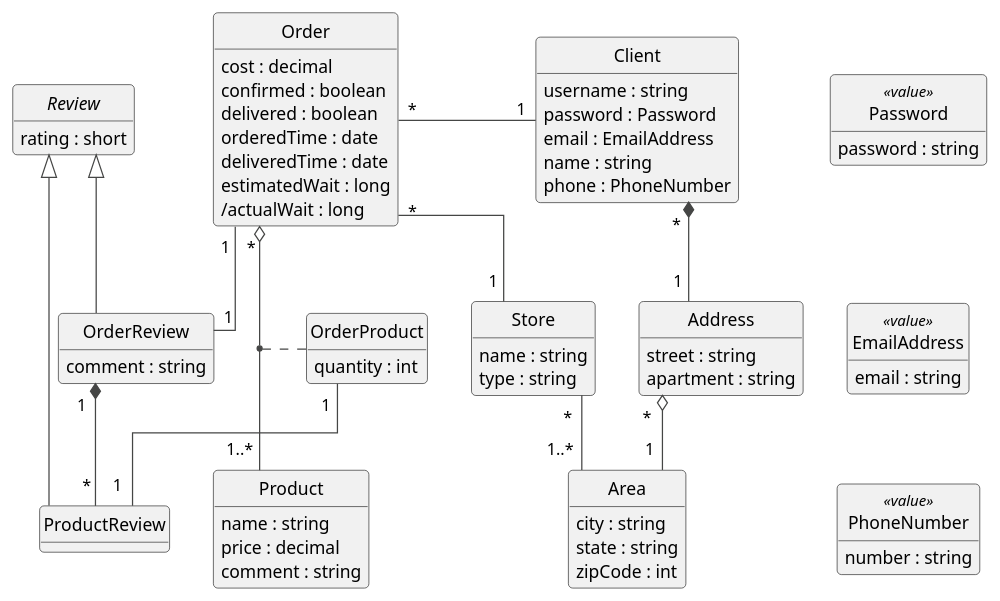
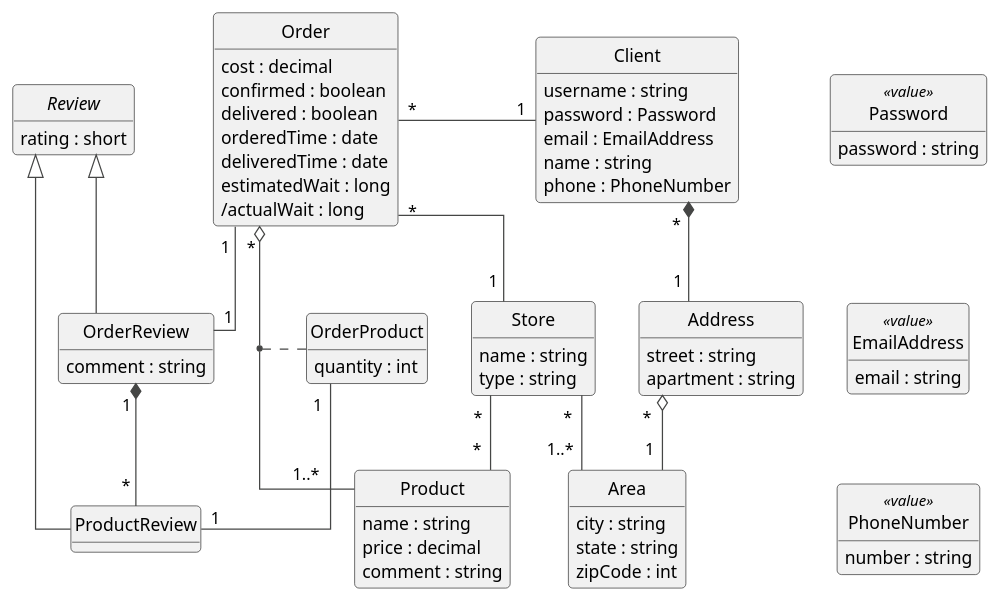
The diagram in docs/uml/domain-model.puml (jkakats/Quarkus-Delivery), drawn with PlantUML before and after one commit.

Commit message:
docs: fix domain model

```diff
--- a/docs/uml/domain-model.puml
+++ b/docs/uml/domain-model.puml
@@ -1,100 +1,101 @@
 @startuml
 !theme vibrant
 
 skinparam style strictuml
 skinparam linetype ortho
 ' skinparam backgroundColor transparent
 
 hide circle
 hide empty methods
 
 class Store {
   name : string
   type : string
 }
 
 class Order {
   cost : decimal
   confirmed : boolean
   delivered : boolean
   orderedTime : date
   deliveredTime : date
   estimatedWait : long
   /actualWait : long
 }
 
 class OrderProduct {
   quantity : int
 }
 
 class Product {
   name : string
   price : decimal
   comment : string
 }
 
 class Client {
   username : string
   password : Password
   email : EmailAddress
   name : string
   phone : PhoneNumber
 }
 
 class Address {
   street : string
   apartment : string
 }
 
 class Area {
   city : string
   state : string
   zipCode : int
 }
 
 interface Review {
   rating : short
 }
 
 class OrderReview {
   comment : string
 }
 
 class ProductReview {
 }
 
 together {
   class Password <<value>> {
     password : string
   }
 
   class EmailAddress <<value>> {
     email : string
   }
 
   class PhoneNumber <<value>> {
     number : string
   }
 }
 
 Password -down[hidden]- EmailAddress
 EmailAddress -down[hidden]- PhoneNumber
 
 Review <|-- OrderReview
 Review <|-- ProductReview
 
 Client "1" -left- "*" Order
 Client "~*   " *-- "1" Address
 
 Order "\n\n~*" -- "1" Store
-Order "*" o-- "1..*" Product
+Order "*" o-- "1..*      " Product
 (Order, Product) .. OrderProduct
 
 Store "~*    " -- "1..*" Area
+Store "~*" -- "~*    " Product
 
 Address "*" o-- "1   " Area
 
 Order "1" -- "1" OrderReview
-OrderReview "1" *-- "*" ProductReview
+OrderReview "1 " *-- "~* " ProductReview
 ProductReview "1    " -up- "1" OrderProduct
 @enduml
```
